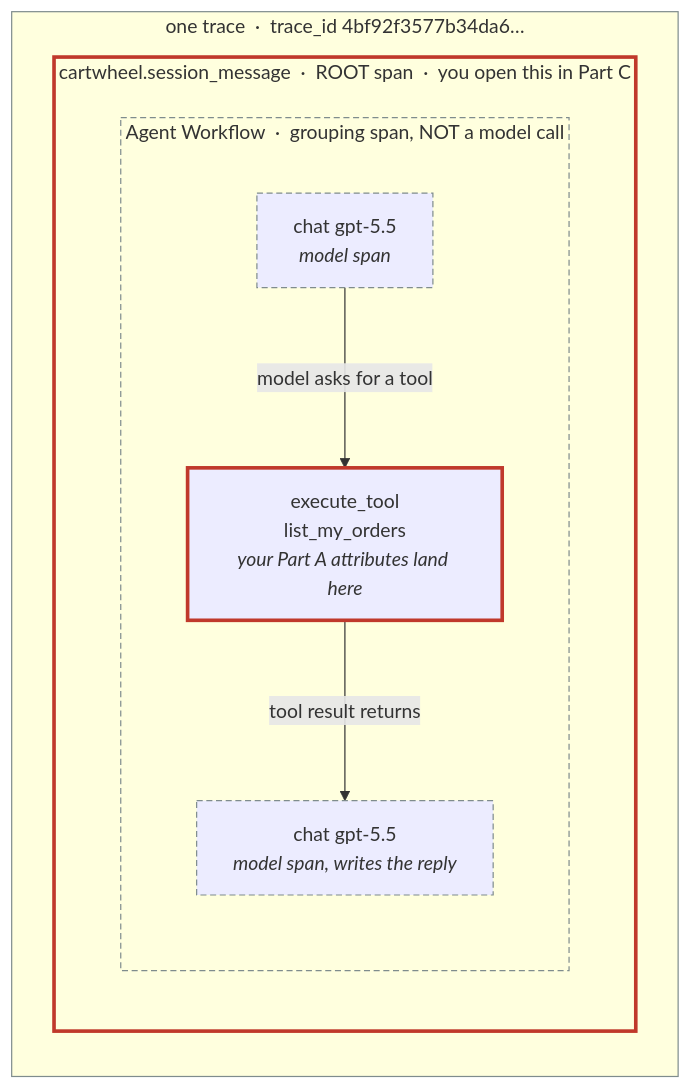
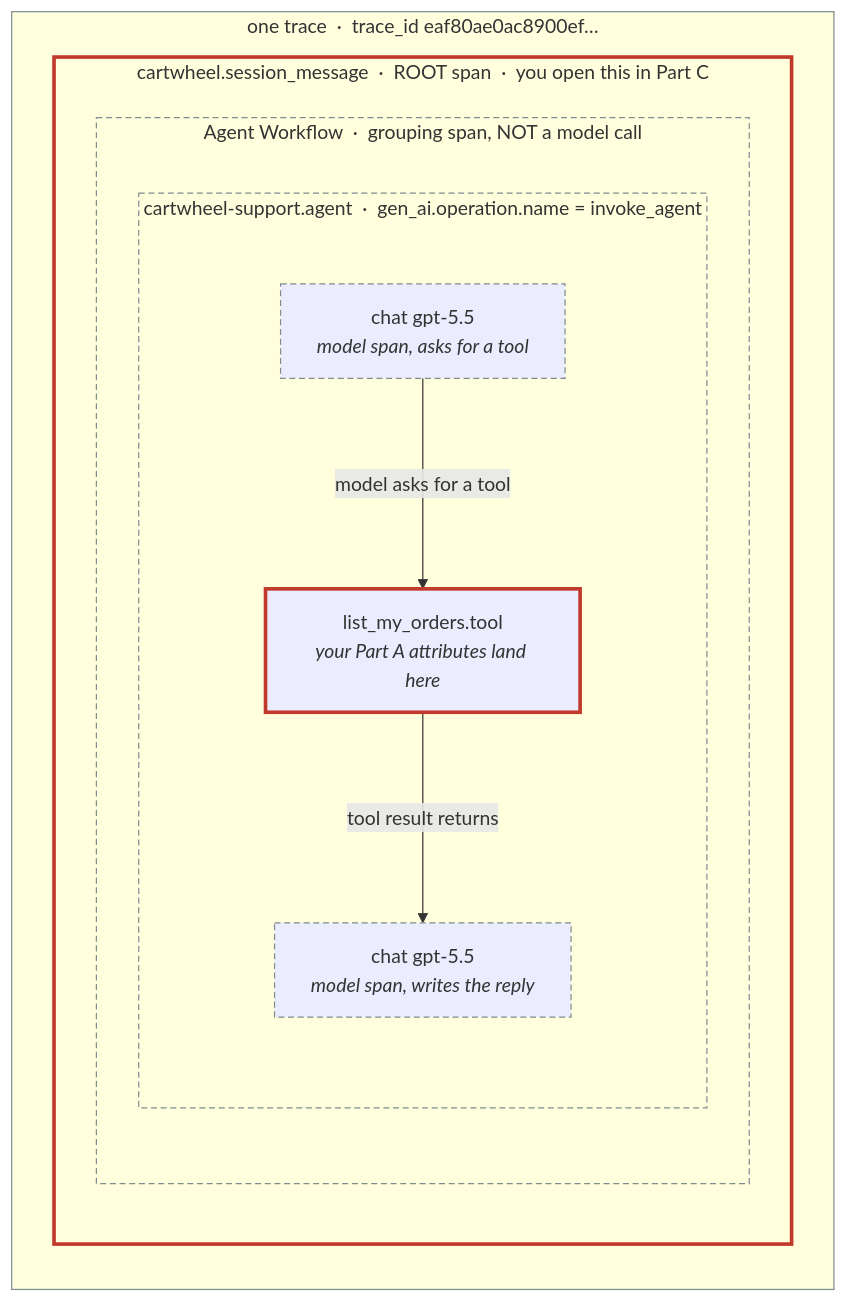
One commit to edangx100/cartwheel-homeworks changed the second of 3 diagrams in homework/module-1/homework_2_diagram.md. Above: the diagram before and after it, drawn with Mermaid. The commit also changed other lines of this file and 2 other files, not shown here.

````diff
--- a/homework/module-1/homework_2_diagram.md
+++ b/homework/module-1/homework_2_diagram.md
@@ -112,26 +128,30 @@
 ```mermaid
 flowchart TD
-    subgraph TR["one trace &nbsp;·&nbsp; trace_id 4bf92f3577b34da6…"]
+    subgraph TR["one trace &nbsp;·&nbsp; trace_id eaf80ae0ac8900ef…"]
         direction TB
         subgraph ROOT["cartwheel.session_message &nbsp;·&nbsp; ROOT span &nbsp;·&nbsp; you open this in Part C"]
             direction TB
             subgraph WF["Agent Workflow &nbsp;·&nbsp; grouping span, NOT a model call"]
                 direction TB
-                M1["chat gpt-5.5<br/><i>model span</i>"]
-                TS["execute_tool<br/>list_my_orders<br/><i>your Part A attributes land here</i>"]
-                M2["chat gpt-5.5<br/><i>model span, writes the reply</i>"]
+                subgraph AG["cartwheel-support.agent &nbsp;·&nbsp; gen_ai.operation.name = invoke_agent"]
+                    direction TB
+                    M1["chat gpt-5.5<br/><i>model span, asks for a tool</i>"]
+                    TS["list_my_orders.tool<br/><i>your Part A attributes land here</i>"]
+                    M2["chat gpt-5.5<br/><i>model span, writes the reply</i>"]
+                end
             end
         end
     end
 
     M1 -->|"model asks for a tool"| TS
     TS -->|"tool result returns"| M2
 
     classDef yours stroke:#c0392b,stroke-width:3px
     classDef auto stroke:#7f8c8d,stroke-width:1px,stroke-dasharray: 5 3
     class TS yours
     class M1,M2 auto
     style ROOT stroke:#c0392b,stroke-width:3px
     style WF stroke:#7f8c8d,stroke-width:1px,stroke-dasharray: 5 3
+    style AG stroke:#7f8c8d,stroke-width:1px,stroke-dasharray: 5 3
     style TR stroke:#7f8c8d,stroke-width:1px
 ```
````
